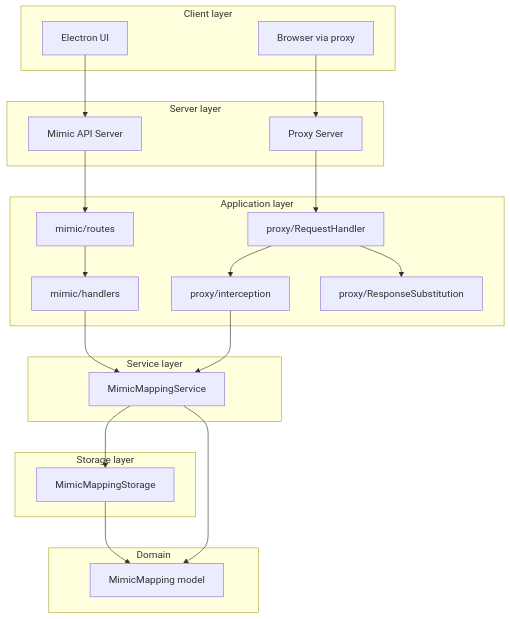
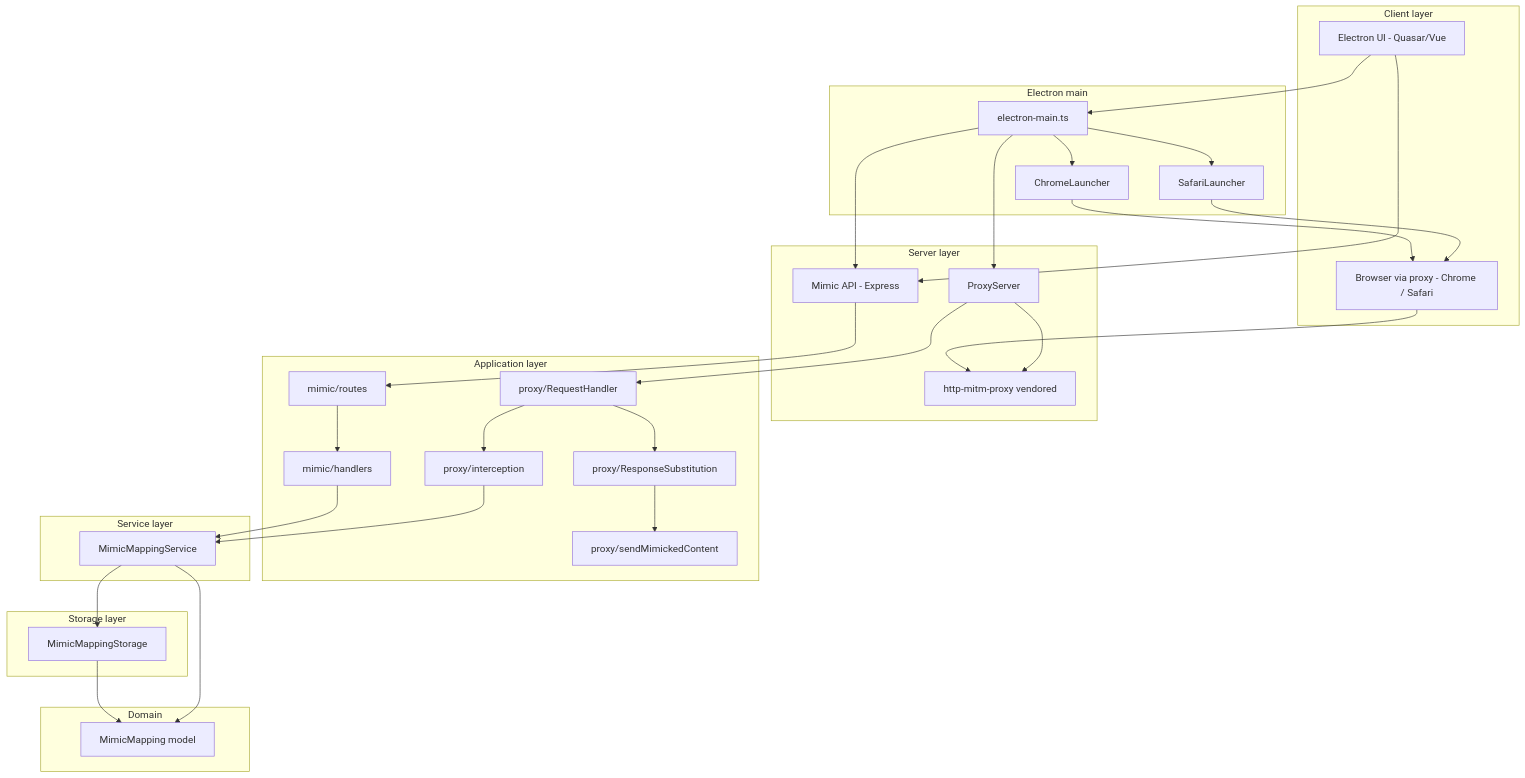
Before and after one commit to Demenus/mimic-chest-proxy: the diagram in docs/architecture.md, drawn with Mermaid. The commit also changed other lines of this file and 20 other files, not shown here.

````diff
--- a/docs/architecture.md
+++ b/docs/architecture.md
@@ -14,45 +34,62 @@
 ```mermaid
 flowchart TB
   subgraph client [Client layer]
-    UI[Electron UI]
-    Browser[Browser via proxy]
+    UI[Electron UI - Quasar/Vue]
+    Browser[Browser via proxy - Chrome / Safari]
+  end
+
+  subgraph electron [Electron main]
+    Main[electron-main.ts]
+    Chrome[ChromeLauncher]
+    Safari[SafariLauncher]
   end
 
   subgraph servers [Server layer]
-    MimicAPI[Mimic API Server]
-    ProxyServer[Proxy Server]
+    MimicAPI[Mimic API - Express]
+    ProxyServer[ProxyServer]
+    MitmProxy[http-mitm-proxy vendored]
   end
 
   subgraph app [Application layer]
     Routes[mimic/routes]
     Handlers[mimic/handlers]
     RequestHandler[proxy/RequestHandler]
     Interception[proxy/interception]
     ResponseSub[proxy/ResponseSubstitution]
+    SendContent[proxy/sendMimickedContent]
   end
 
   subgraph service [Service layer]
     MimicMappingService[MimicMappingService]
   end
 
   subgraph storage [Storage layer]
     MimicMappingStorage[MimicMappingStorage]
   end
 
   subgraph domain [Domain]
     MimicMapping[MimicMapping model]
   end
 
+  UI --> Main
+  Main --> MimicAPI
+  Main --> ProxyServer
+  Main --> Chrome
+  Main --> Safari
   UI --> MimicAPI
-  Browser --> ProxyServer
+  Browser --> MitmProxy
+  ProxyServer --> MitmProxy
   MimicAPI --> Routes
   Routes --> Handlers
   Handlers --> MimicMappingService
   ProxyServer --> RequestHandler
   RequestHandler --> Interception
   RequestHandler --> ResponseSub
+  ResponseSub --> SendContent
   Interception --> MimicMappingService
   MimicMappingService --> MimicMappingStorage
   MimicMappingStorage --> MimicMapping
   MimicMappingService --> MimicMapping
+  Chrome --> Browser
+  Safari --> Browser
 ```
````
